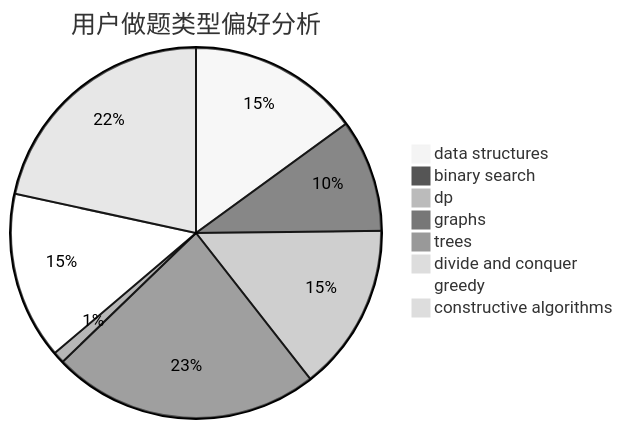
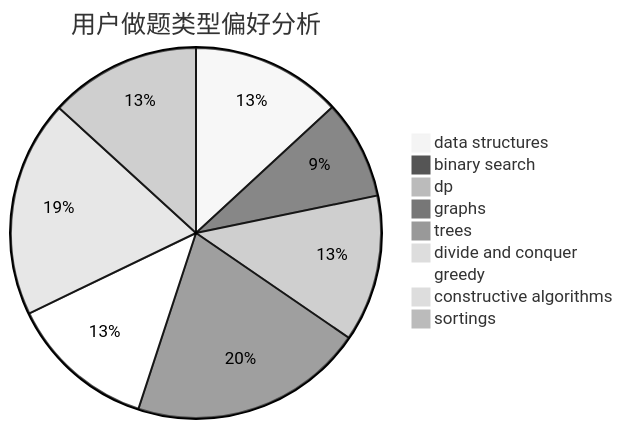
One commit to sherpahu/cfrs.github.io changed the second of 3 diagrams in docs/user/u1598.md. Above: the diagram before and after it, drawn with Mermaid (neutral theme). The commit also changed other lines of this file and 2769 other files, not shown here.

````diff
--- a/docs/user/u1598.md
+++ b/docs/user/u1598.md
@@ -23,11 +18,12 @@
 ```mermaid
 pie title 用户做题类型偏好分析
     "data structures" :  163
     "binary search" :  107
     "dp" :  159
     "graphs" :  254
     "trees" :  11
     "divide and conquer" :  3
     "greedy" :  159
     "constructive algorithms" :  235
+    "sortings" :  164
 ```
````
